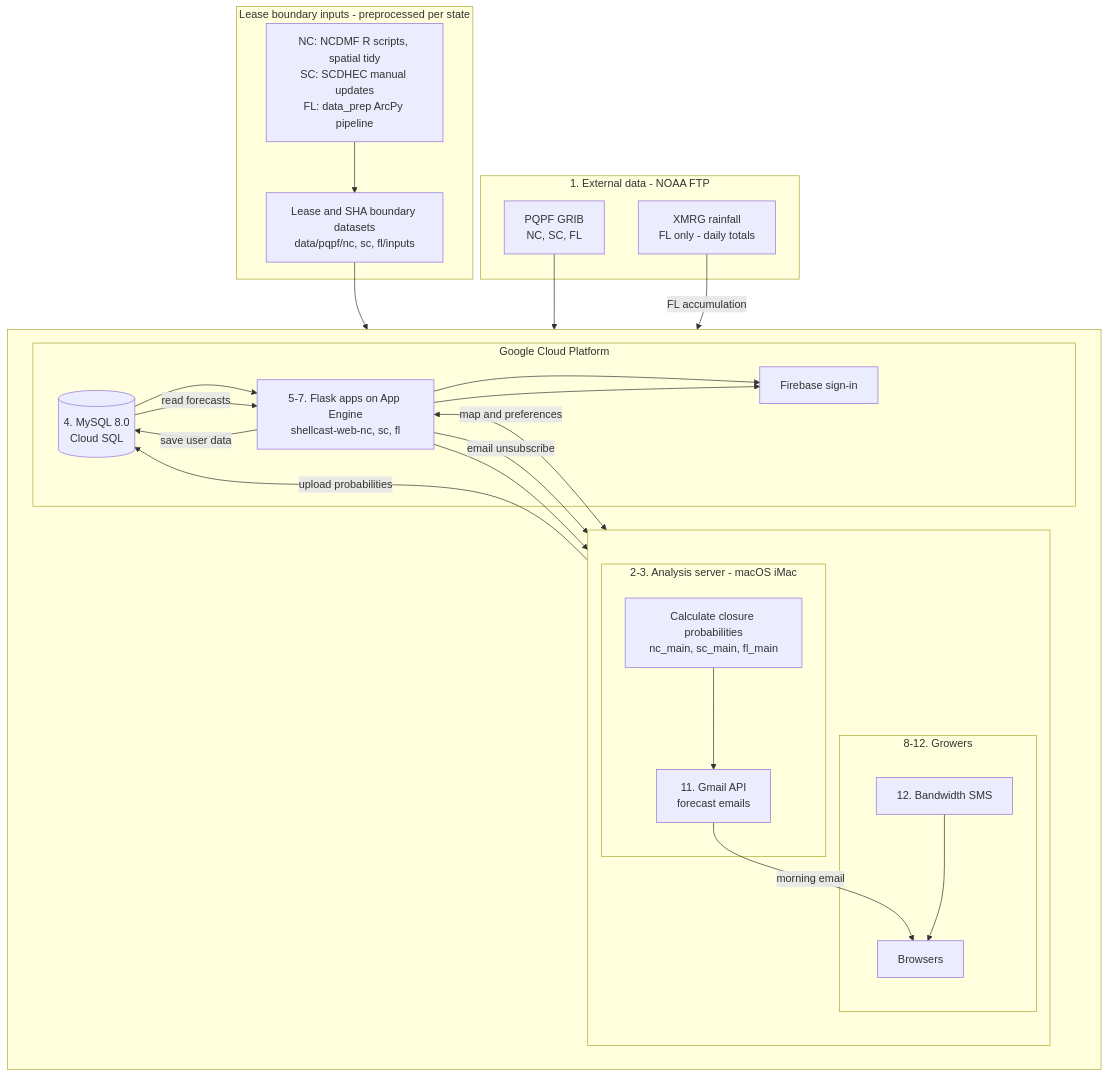
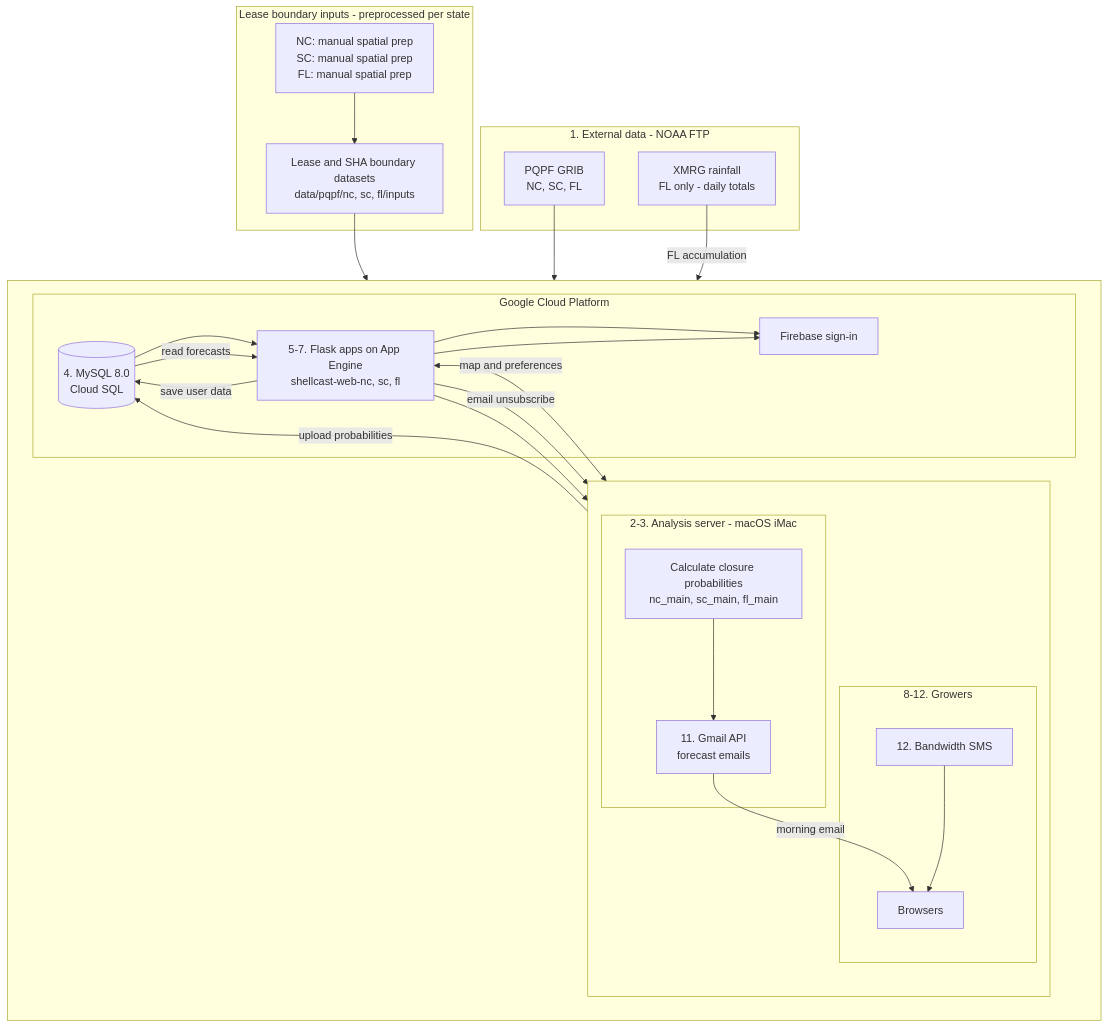
Before and after one commit to Biosystems-Analytics-Lab/shellcast: the diagram in README.md, drawn with Mermaid. The commit also changed other lines of this file and 7 other files, not shown here.

First line of the commit message:
Remove data_prep from repository and scrub remaining references.

````diff
--- a/README.md
+++ b/README.md
@@ -55,49 +55,49 @@
 ```mermaid
 flowchart TB
   subgraph external ["1. External data - NOAA FTP"]
     PQPF["PQPF GRIB<br/>NC, SC, FL"]
     XMRG["XMRG rainfall<br/>FL only - daily totals"]
   end
 
   subgraph spatial ["Lease boundary inputs - preprocessed per state"]
-    PREP["NC: NCDMF R scripts, spatial tidy<br/>SC: SCDHEC manual updates<br/>FL: data_prep ArcPy pipeline"]
+    PREP["NC: manual spatial prep<br/>SC: manual spatial prep<br/>FL: manual spatial prep"]
     INPUTS["Lease and SHA boundary datasets<br/>data/pqpf/nc, sc, fl/inputs"]
     PREP --> INPUTS
   end
 
   subgraph core [" "]
     direction LR
     subgraph left [" "]
       direction TB
       subgraph analysis ["2-3. Analysis server - macOS iMac"]
         AN["Calculate closure probabilities<br/>nc_main, sc_main, fl_main"]
         GMAIL["11. Gmail API<br/>forecast emails"]
         AN --> GMAIL
       end
       subgraph users ["8-12. Growers"]
         BROWSER["Browsers"]
         SMS["12. Bandwidth SMS"]
       end
     end
     subgraph gcp ["Google Cloud Platform"]
       DB[("4. MySQL 8.0<br/>Cloud SQL")]
       WEB["5-7. Flask apps on App Engine<br/>shellcast-web-nc, sc, fl"]
       FB["Firebase sign-in"]
       DB --> WEB
       WEB --> FB
     end
   end
 
   INPUTS --> AN
   PQPF --> AN
   XMRG -->|FL accumulation| AN
   AN -->|upload probabilities| DB
   DB -->|read forecasts| WEB
   WEB <-->|map and preferences| BROWSER
   WEB -->|save user data| DB
   WEB --> FB
   GMAIL -->|morning email| BROWSER
   WEB -->|email unsubscribe| BROWSER
   WEB --> SMS
   SMS --> BROWSER
 ```
````
